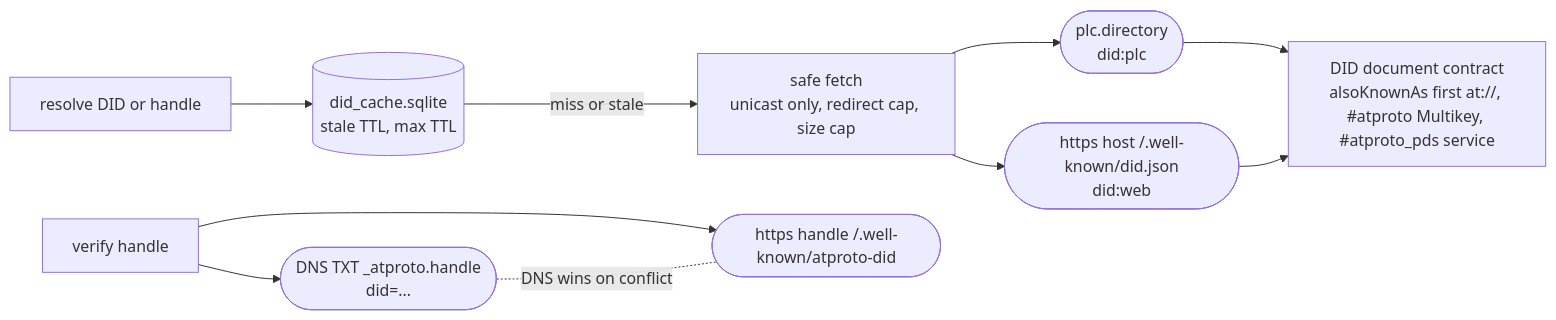
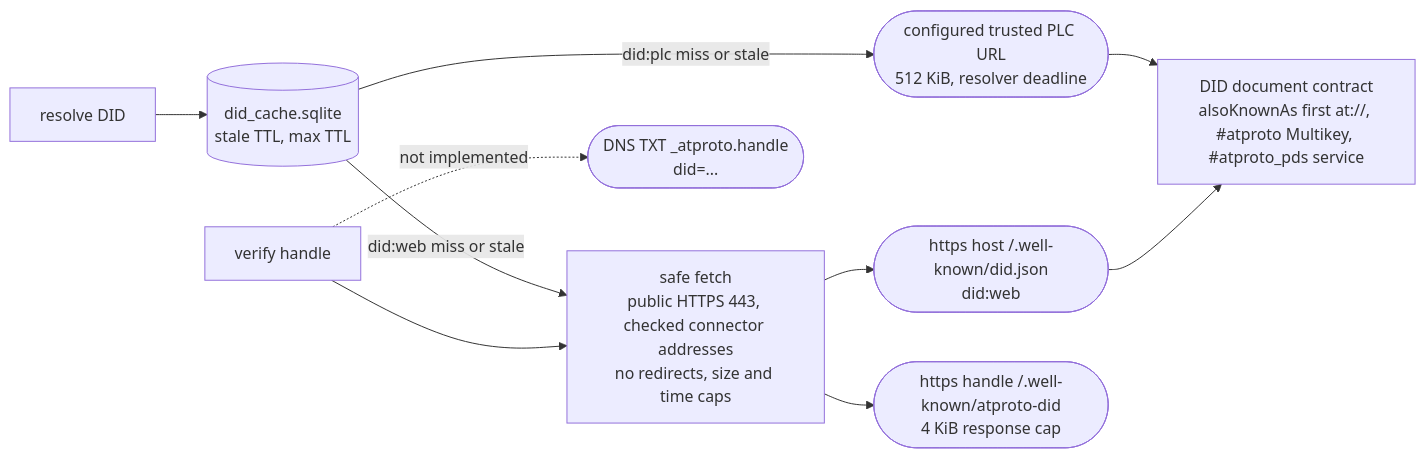
One commit to linkjar/pds changed the diagram in docs/architecture/diagrams/08-identity.mmd. Above: the diagram before and after it, drawn with Mermaid. The commit also changed 272 other files, not shown here.

```diff
--- a/docs/architecture/diagrams/08-identity.mmd
+++ b/docs/architecture/diagrams/08-identity.mmd
@@ -1,10 +1,10 @@
 flowchart LR
-  req[resolve DID or handle] --> cache[(did_cache.sqlite<br/>stale TTL, max TTL)]
-  cache -- miss or stale --> fetch[safe fetch<br/>unicast only, redirect cap, size cap]
-  fetch --> plc([plc.directory<br/>did:plc])
+  req[resolve DID] --> cache[(did_cache.sqlite<br/>stale TTL, max TTL)]
+  cache -- did:web miss or stale --> fetch[safe fetch<br/>public HTTPS 443, checked connector addresses<br/>no redirects, size and time caps]
+  cache -- did:plc miss or stale --> plc([configured trusted PLC URL<br/>512 KiB, resolver deadline])
   fetch --> web([https host /.well-known/did.json<br/>did:web])
-  handle[verify handle] --> txt([DNS TXT _atproto.handle<br/>did=...])
-  handle --> wk([https handle /.well-known/atproto-did])
-  txt -. DNS wins on conflict .- wk
+  handle[verify handle] --> fetch
+  fetch --> wk([https handle /.well-known/atproto-did<br/>4 KiB response cap])
+  handle -. not implemented .-> txt([DNS TXT _atproto.handle<br/>did=...])
   doc[DID document contract<br/>alsoKnownAs first at://, #atproto Multikey, #atproto_pds service]
   plc & web --> doc
```
